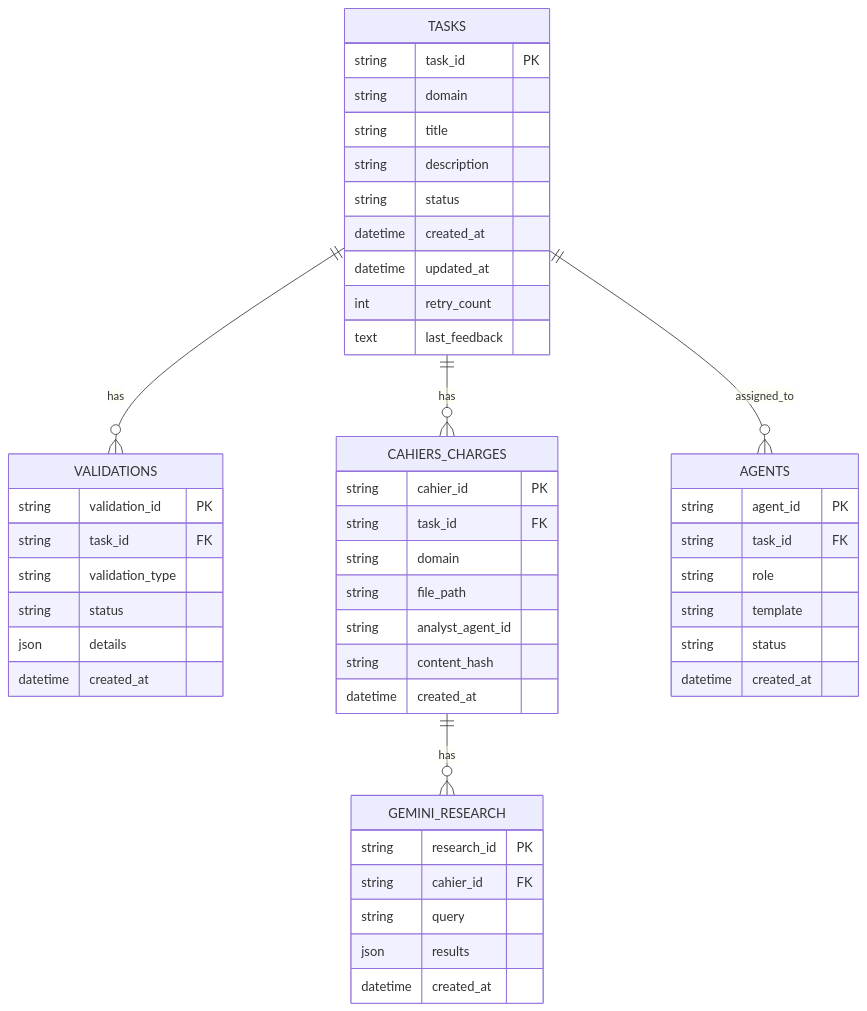
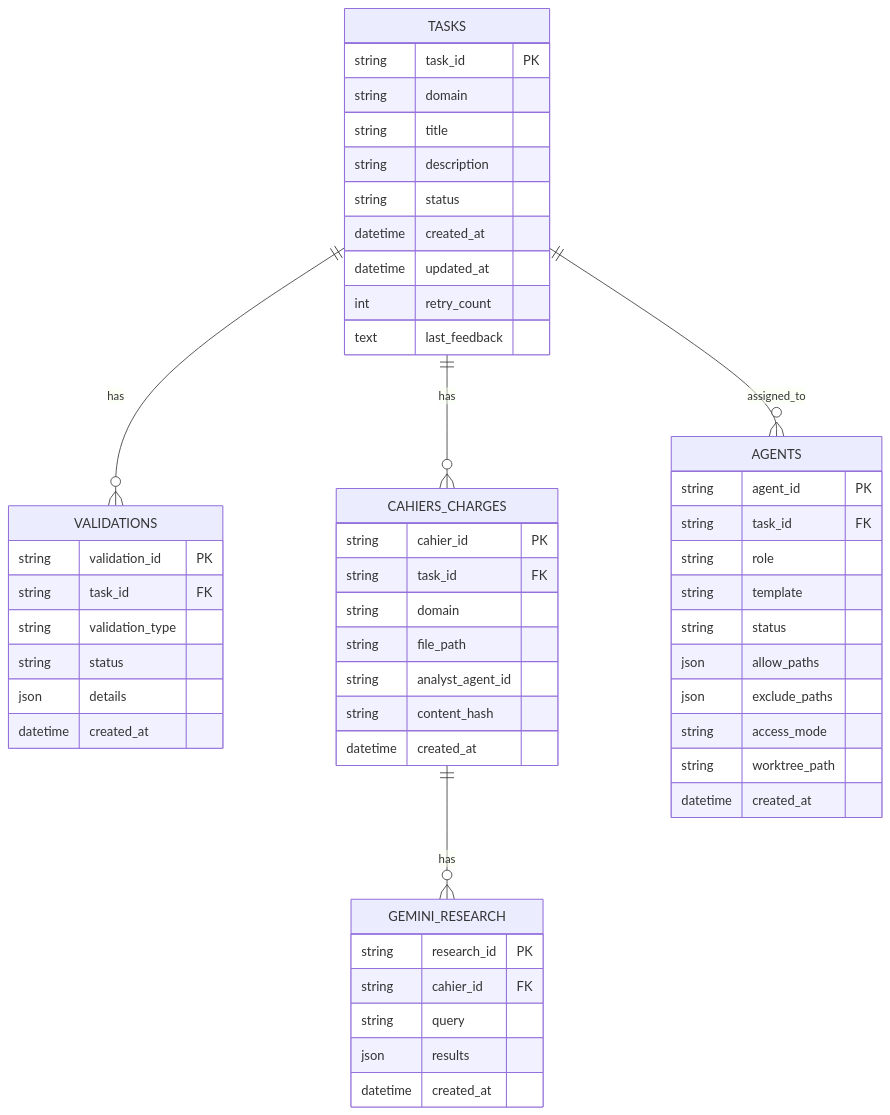
The tenth of 10 diagrams in README.md (Gotman08/Blueprint), drawn with Mermaid before and after one commit. The commit also changed other lines of this file, not shown here.

First line of the commit message:
docs: Update README with access control integration changes

````diff
--- a/README.md
+++ b/README.md
@@ -1323,55 +1325,59 @@
 ```mermaid
 erDiagram
     TASKS ||--o{ VALIDATIONS : "has"
     TASKS ||--o{ CAHIERS_CHARGES : "has"
     CAHIERS_CHARGES ||--o{ GEMINI_RESEARCH : "has"
     TASKS ||--o{ AGENTS : "assigned_to"
 
     TASKS {
         string task_id PK
         string domain
         string title
         string description
         string status
         datetime created_at
         datetime updated_at
         int retry_count
         text last_feedback
     }
 
     AGENTS {
         string agent_id PK
         string task_id FK
         string role
         string template
         string status
+        json allow_paths
+        json exclude_paths
+        string access_mode
+        string worktree_path
         datetime created_at
     }
 
     VALIDATIONS {
         string validation_id PK
         string task_id FK
         string validation_type
         string status
         json details
         datetime created_at
     }
 
     CAHIERS_CHARGES {
         string cahier_id PK
         string task_id FK
         string domain
         string file_path
         string analyst_agent_id
         string content_hash
         datetime created_at
     }
 
     GEMINI_RESEARCH {
         string research_id PK
         string cahier_id FK
         string query
         json results
         datetime created_at
     }
 ```
````
